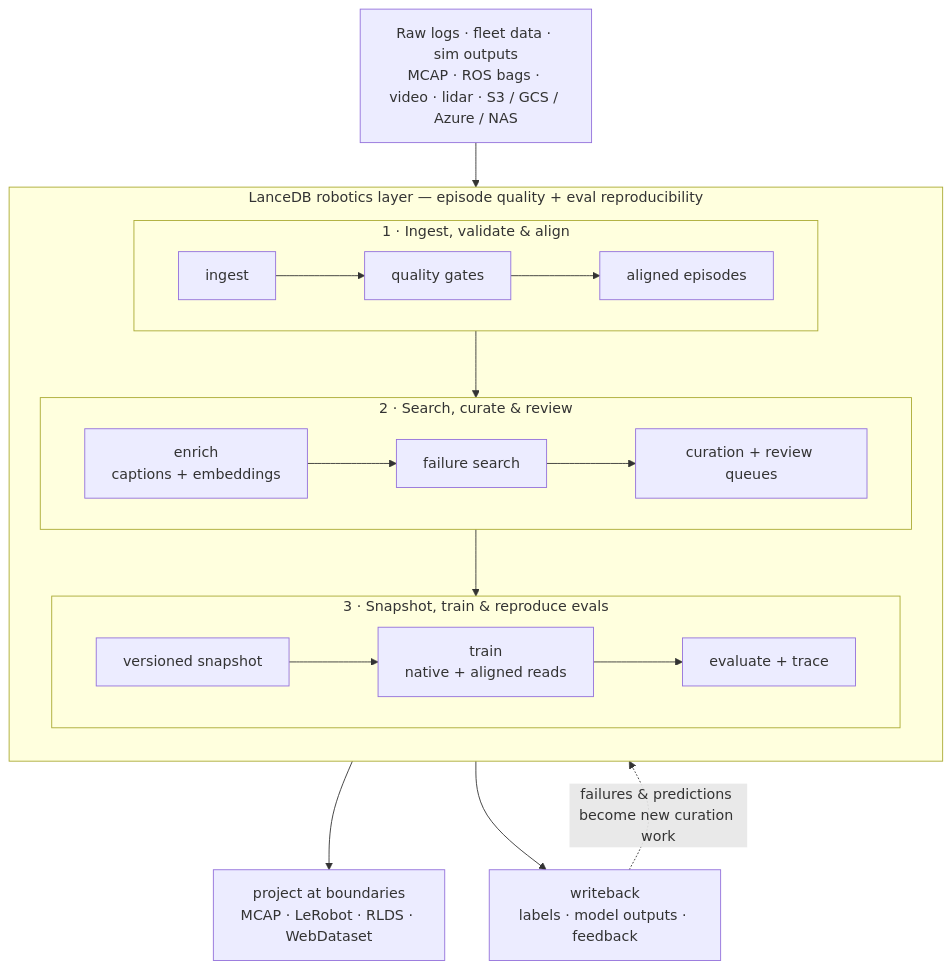
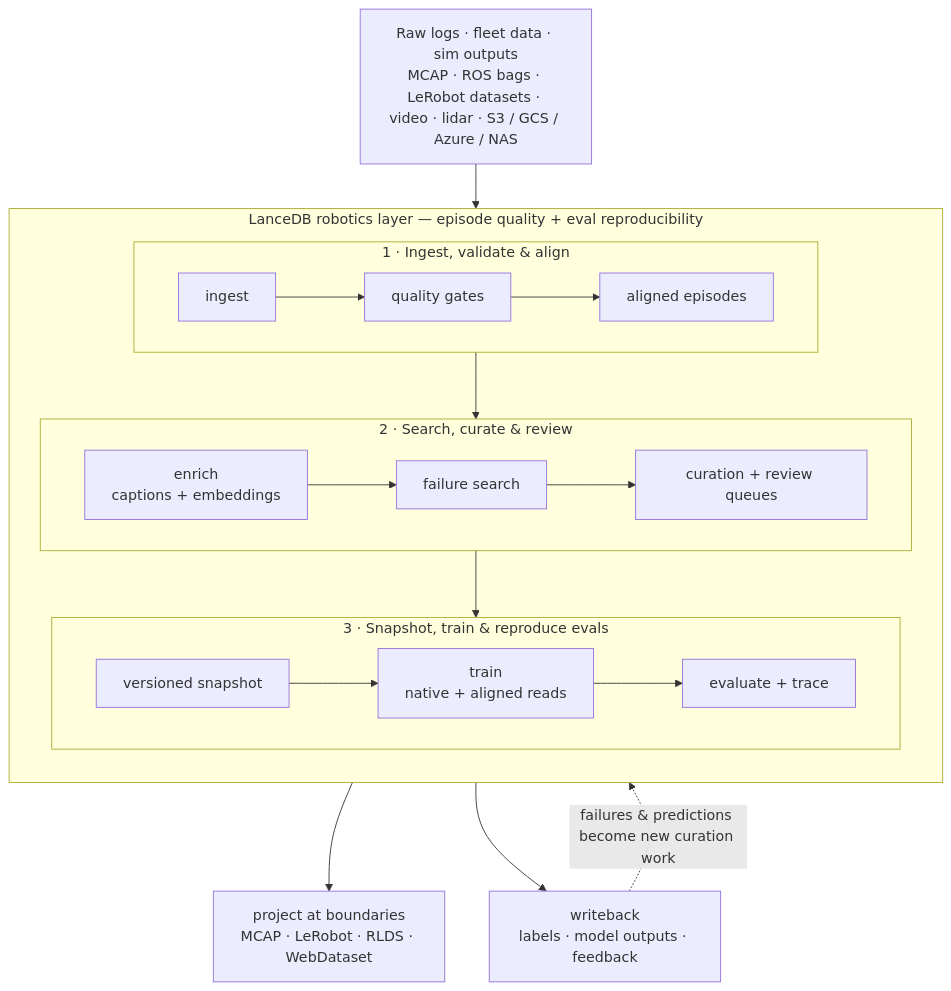
Before and after one commit to lancedb/lancedb-robotics-lakehouse-external: the diagram in README.md, drawn with Mermaid. The commit also changed other lines of this file, not shown here.

````diff
--- a/README.md
+++ b/README.md
@@ -14,30 +14,30 @@
 ```mermaid
 flowchart TB
-    SRC["Raw logs · fleet data · sim outputs<br/>MCAP · ROS bags · video · lidar · S3 / GCS / Azure / NAS"]
+    SRC["Raw logs · fleet data · sim outputs<br/>MCAP · ROS bags · LeRobot datasets · video · lidar · S3 / GCS / Azure / NAS"]
 
     subgraph LAKE["LanceDB robotics layer — episode quality + eval reproducibility"]
         direction TB
 
         subgraph PREP["1 · Ingest, validate &amp; align"]
             direction LR
             ING[ingest] --> VAL["quality gates"] --> ALN["aligned episodes"]
         end
 
         subgraph ENRICH["2 · Search, curate &amp; review"]
             direction LR
             ENR["enrich<br/>captions + embeddings"] --> SRCH["failure search"] --> CUR["curation + review queues"]
         end
 
         subgraph TRAIN["3 · Snapshot, train &amp; reproduce evals"]
             direction LR
             SNAP["versioned snapshot"] --> TRN["train<br/>native + aligned reads"] --> EVAL["evaluate + trace"]
         end
 
         PREP --> ENRICH --> TRAIN
     end
 
     SRC --> PREP
     TRAIN --> EXP["project at boundaries<br/>MCAP · LeRobot · RLDS · WebDataset"]
     TRAIN --> WB["writeback<br/>labels · model outputs · feedback"]
     WB -. "failures &amp; predictions become new curation work" .-> ENRICH
 ```
````
